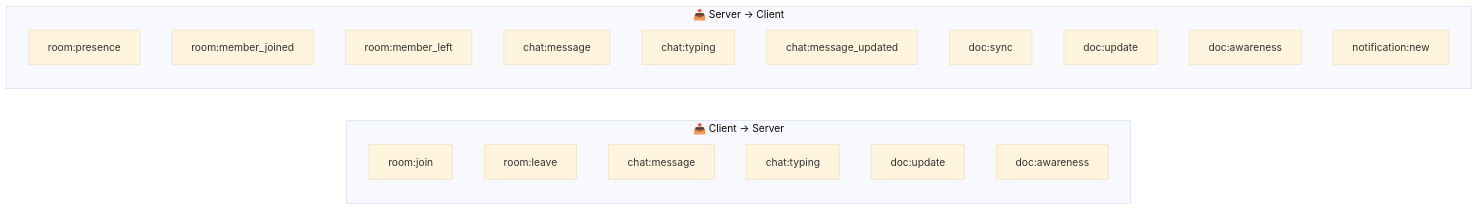
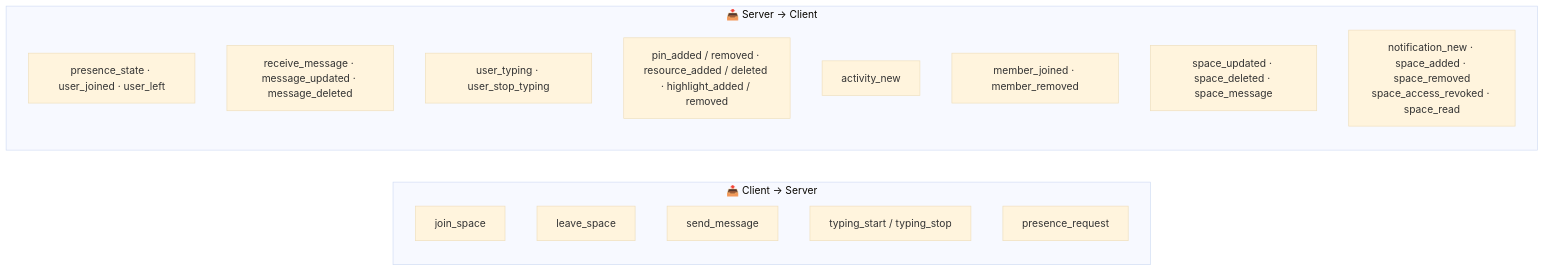
One commit to Priyansh9506/Hive changed the seventh of 19 diagrams in README.md. Above: the diagram before and after it, drawn with Mermaid (base theme). The commit also changed other lines of this file and 52 other files, not shown here.

````diff
--- a/README.md
+++ b/README.md
@@ -675,24 +811,21 @@
 ```mermaid
 graph LR
     subgraph Client_Events["📤 Client → Server"]
-        CE1["room:join"]
-        CE2["room:leave"]
-        CE3["chat:message"]
-        CE4["chat:typing"]
-        CE5["doc:update"]
-        CE6["doc:awareness"]
+        CE1["join_space"]
+        CE2["leave_space"]
+        CE3["send_message"]
+        CE4["typing_start / typing_stop"]
+        CE5["presence_request"]
     end
 
     subgraph Server_Events["📥 Server → Client"]
-        SE1["room:presence"]
-        SE2["room:member_joined"]
-        SE3["room:member_left"]
-        SE4["chat:message"]
-        SE5["chat:typing"]
-        SE6["chat:message_updated"]
-        SE7["doc:sync"]
-        SE8["doc:update"]
-        SE9["doc:awareness"]
-        SE10["notification:new"]
+        SE1["presence_state · user_joined · user_left"]
+        SE2["receive_message · message_updated · message_deleted"]
+        SE3["user_typing · user_stop_typing"]
+        SE4["pin_added / removed · resource_added / deleted · highlight_added / removed"]
+        SE5["activity_new"]
+        SE6["member_joined · member_removed"]
+        SE7["space_updated · space_deleted · space_message"]
+        SE8["notification_new · space_added · space_removed<br/>space_access_revoked · space_read"]
     end
 ```
````
